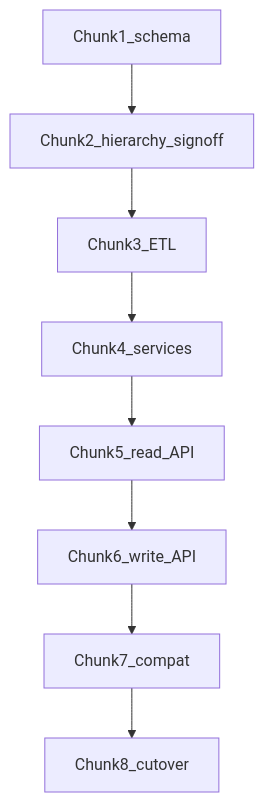
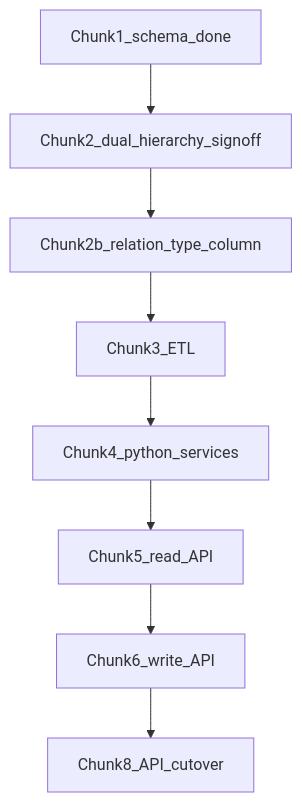
Before and after one commit to Gazebo-cuisines/svc-locations-django: the diagram in .cursor/plans/decouple_containers_tables_741f60cc.plan.md, drawn with Mermaid. The commit also changed other lines of this file and 16 other files, not shown here.

````diff
--- a/.cursor/plans/decouple_containers_tables_741f60cc.plan.md
+++ b/.cursor/plans/decouple_containers_tables_741f60cc.plan.md
@@ -82,12 +98,12 @@
 ```mermaid
 flowchart TD
-  C1[Chunk1_schema]
-  C2[Chunk2_hierarchy_signoff]
+  C1[Chunk1_schema_done]
+  C2[Chunk2_dual_hierarchy_signoff]
+  C2b[Chunk2b_relation_type_column]
   C3[Chunk3_ETL]
-  C4[Chunk4_services]
+  C4[Chunk4_python_services]
   C5[Chunk5_read_API]
   C6[Chunk6_write_API]
-  C7[Chunk7_compat]
-  C8[Chunk8_cutover]
-  C1 --> C2 --> C3 --> C4 --> C5 --> C6 --> C7 --> C8
+  C8[Chunk8_API_cutover]
+  C1 --> C2 --> C2b --> C3 --> C4 --> C5 --> C6 --> C8
 ```
````
